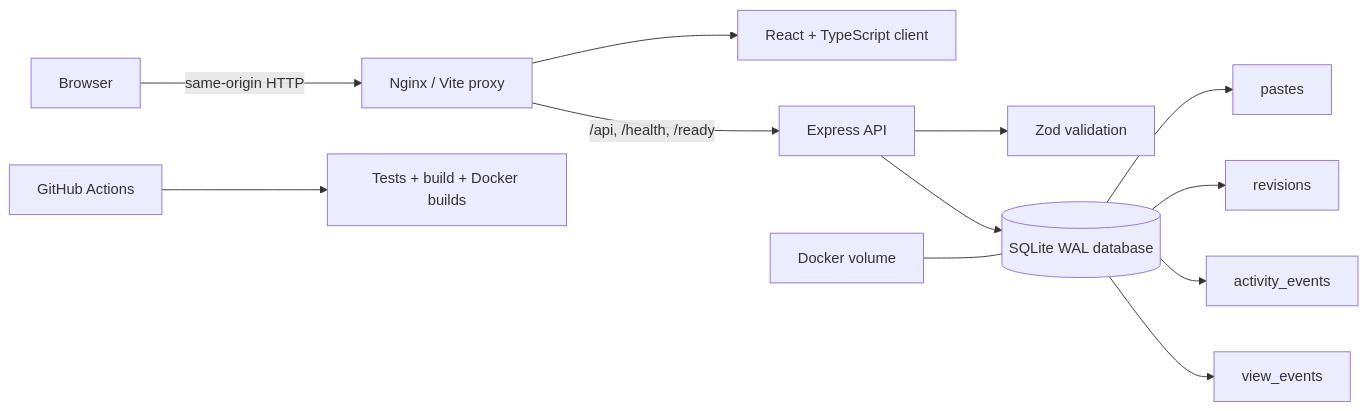
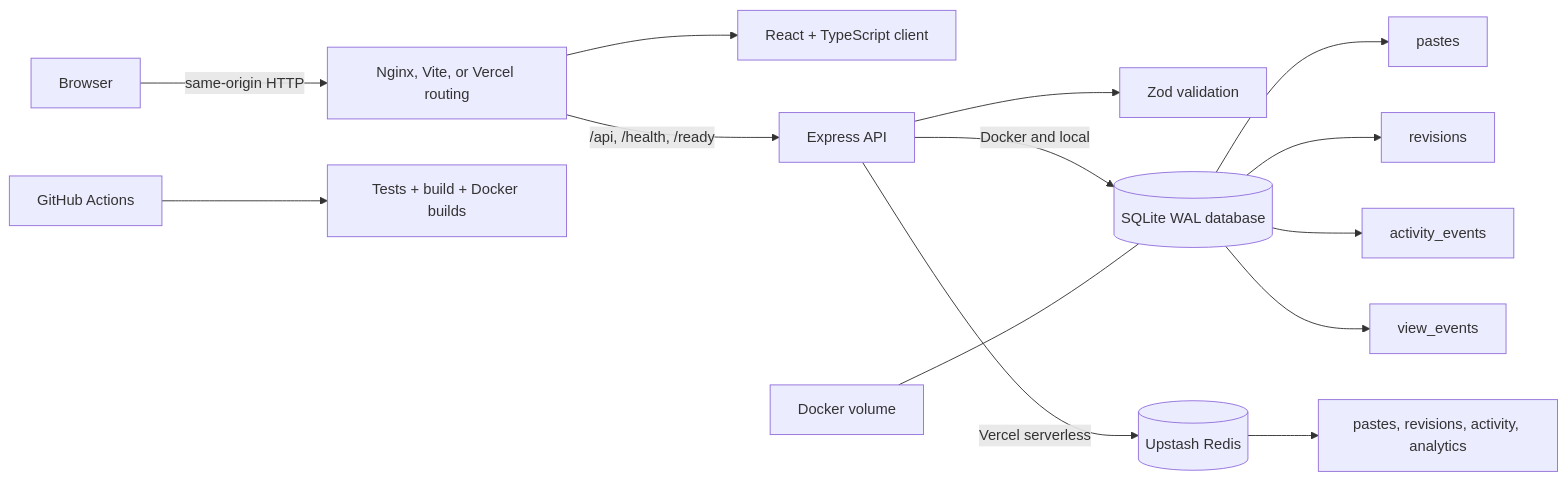
One commit to gayathrisathishkumarr/PasteBin changed the diagram in README.md. Above: the diagram before and after it, drawn with Mermaid. The commit also changed other lines of this file, not shown here.

First line of the commit message:
Document live Vercel and Upstash deployment

````diff
--- a/README.md
+++ b/README.md
@@ -70,14 +72,16 @@
 ```mermaid
 flowchart LR
-    B[Browser] -->|same-origin HTTP| N[Nginx / Vite proxy]
+    B[Browser] -->|same-origin HTTP| N[Nginx, Vite, or Vercel routing]
     N --> R[React + TypeScript client]
     N -->|/api, /health, /ready| E[Express API]
     E --> Z[Zod validation]
-    E --> S[(SQLite WAL database)]
+    E -->|Docker and local| S[(SQLite WAL database)]
+    E -->|Vercel serverless| U[(Upstash Redis)]
     S --> P[pastes]
     S --> V[revisions]
     S --> A[activity_events]
     S --> W[view_events]
+    U --> K[pastes, revisions, activity, analytics]
     CI[GitHub Actions] --> T[Tests + build + Docker builds]
     D[Docker volume] --- S
 ```
````
